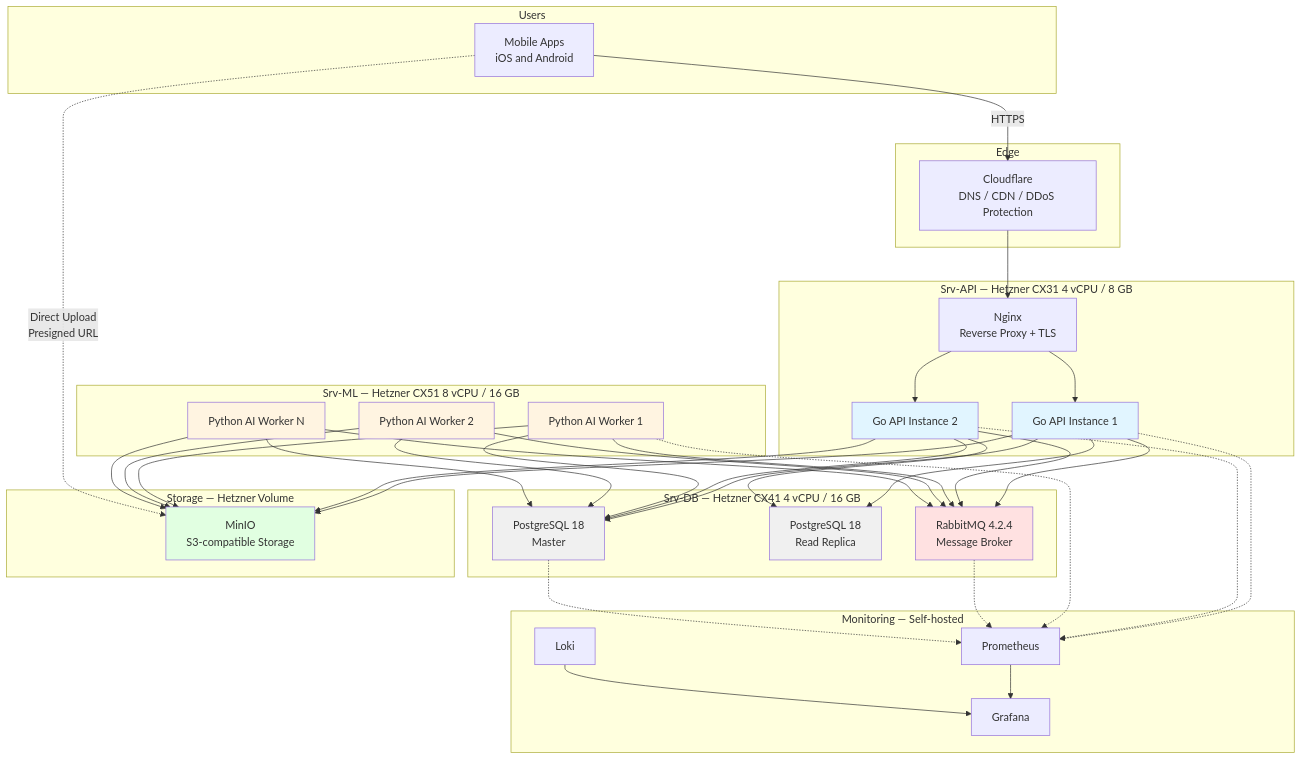
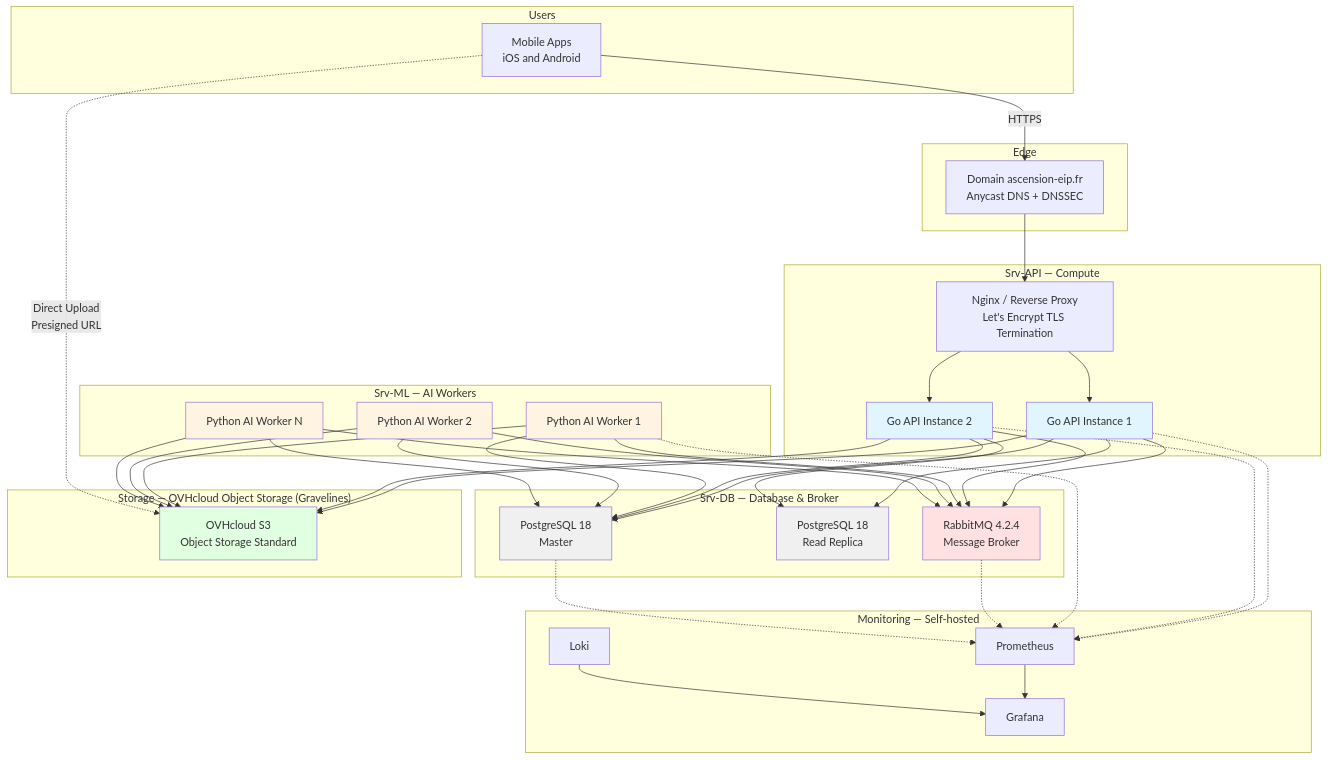
The first of 2 diagrams in docs/Ascension/developer/architecture/deployment/production.md (Ascension-EIP/Ascension), drawn with Mermaid before and after one commit. The commit also changed other lines of this file and 16 other files, not shown here.

````diff
--- a/docs/Ascension/developer/architecture/deployment/production.md
+++ b/docs/Ascension/developer/architecture/deployment/production.md
@@ -25,83 +27,82 @@
 ```mermaid
 graph TB
     subgraph "Users"
         Mobile[Mobile Apps<br/>iOS and Android]
     end
 
     subgraph "Edge"
-        CF[Cloudflare<br/>DNS / CDN / DDoS Protection]
+        CF[Domain ascension-eip.fr<br/>Anycast DNS + DNSSEC]
     end
 
-    subgraph "Srv-API — Hetzner CX31 4 vCPU / 8 GB"
-        Nginx[Nginx<br/>Reverse Proxy + TLS]
+    subgraph "Srv-API — Compute"
+        Nginx[Nginx / Reverse Proxy<br/>Let's Encrypt TLS Termination]
         API1[Go API Instance 1]
         API2[Go API Instance 2]
     end
 
-    subgraph "Srv-DB — Hetzner CX41 4 vCPU / 16 GB"
+    subgraph "Srv-DB — Database & Broker"
         PG_Master[PostgreSQL 18<br/>Master]
         PG_Replica[PostgreSQL 18<br/>Read Replica]
         RabbitMQ[RabbitMQ 4.2.4<br/>Message Broker]
     end
 
-    subgraph "Srv-ML — Hetzner CX51 8 vCPU / 16 GB"
+    subgraph "Srv-ML — AI Workers"
         W1[Python AI Worker 1]
         W2[Python AI Worker 2]
         Wn[Python AI Worker N]
     end
 
-    subgraph "Storage — Hetzner Volume"
-        MinIO[MinIO<br/>S3-compatible Storage]
+    subgraph "Storage — OVHcloud Object Storage (Gravelines)"
+        S3Storage[OVHcloud S3<br/>Object Storage Standard]
     end
 
     subgraph "Monitoring — Self-hosted"
         Prom[Prometheus]
         Grafana[Grafana]
         Loki[Loki]
     end
 
     Mobile -->|HTTPS| CF
     CF --> Nginx
     Nginx --> API1
     Nginx --> API2
 
     API1 --> PG_Master
     API2 --> PG_Master
     API1 --> PG_Replica
     API2 --> PG_Replica
     API1 --> RabbitMQ
     API2 --> RabbitMQ
-    API1 --> MinIO
-    API2 --> MinIO
+    API1 --> S3Storage
+    API2 --> S3Storage
 
     W1 --> RabbitMQ
     W2 --> RabbitMQ
     Wn --> RabbitMQ
-    W1 --> MinIO
-    W2 --> MinIO
-    Wn --> MinIO
+    W1 --> S3Storage
+    W2 --> S3Storage
+    Wn --> S3Storage
     W1 --> PG_Master
     W2 --> PG_Master
     Wn --> PG_Master
 
-    Mobile -.->|Direct Upload<br/>Presigned URL| MinIO
+    Mobile -.->|Direct Upload<br/>Presigned URL| S3Storage
 
     API1 -.-> Prom
     API2 -.-> Prom
     W1 -.-> Prom
     RabbitMQ -.-> Prom
     PG_Master -.-> Prom
     Prom --> Grafana
     Loki --> Grafana
 
     style API1 fill:#e1f5ff
     style API2 fill:#e1f5ff
     style W1 fill:#fff4e1
     style W2 fill:#fff4e1
     style Wn fill:#fff4e1
     style PG_Master fill:#f0f0f0
     style PG_Replica fill:#f0f0f0
     style RabbitMQ fill:#ffe1e1
-    style MinIO fill:#e1ffe1
-
+    style S3Storage fill:#e1ffe1
 ```
````
